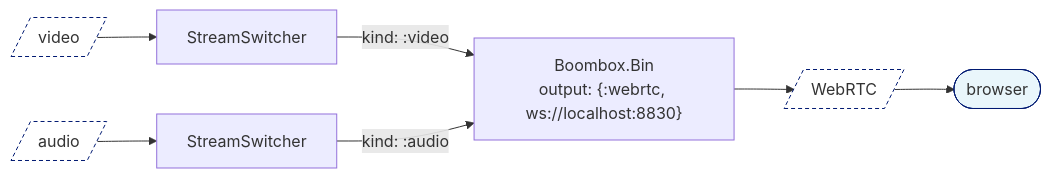
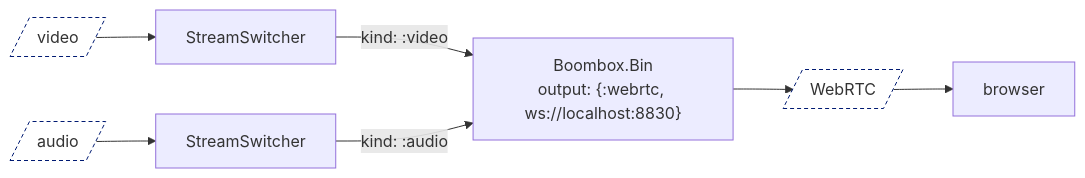
One commit to membraneframework-labs/goatmire_2026_workshop changed diagram 13 of 13 in presentation/slides.md. Above: the diagram before and after it, drawn with Mermaid. The commit also changed other lines of this file and 2 other files, not shown here.

Commit message:
Add B-frames diagram

````diff
--- a/presentation/slides.md
+++ b/presentation/slides.md
@@ -1414,8 +1398,7 @@
 ```mermaid {scale: 0.55}
 graph LR
   V[/video/]:::stream --> SV[StreamSwitcher] -- "kind: :video" --> B["Boombox.Bin<br/>output: {:webrtc, ws://localhost:8830}"]
   A[/audio/]:::stream --> SA[StreamSwitcher] -- "kind: :audio" --> B
-  B --> W[/WebRTC/]:::stream --> BR([browser]):::external
+  B --> W[/WebRTC/]:::stream --> BR[browser]
   classDef stream fill:#ffffff,stroke:#001A72,stroke-dasharray:4 3
-  classDef external fill:#e9f6fb,stroke:#001A72
 ```
````
